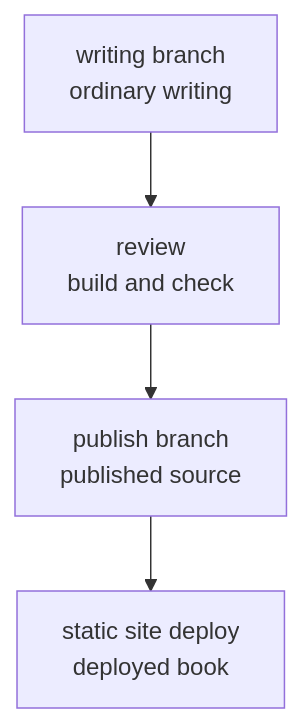
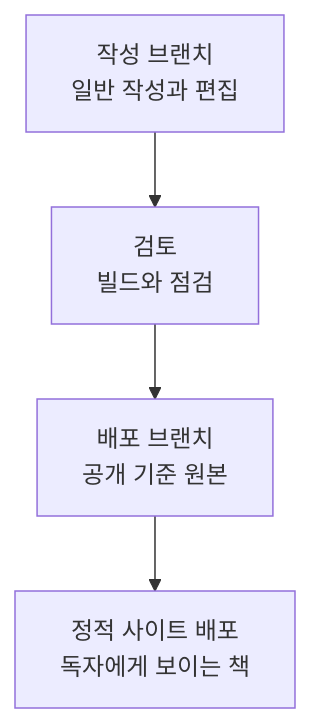
One commit to devchan64/AiBook changed the diagram in docs/parts/part-02/chapter-14/section-02.md. Above: the diagram before and after it, drawn with Mermaid. The commit also changed 17 other files, not shown here.

Commit message:
docs: localize more part 2 mermaid diagrams

````diff
--- a/docs/parts/part-02/chapter-14/section-02.md
+++ b/docs/parts/part-02/chapter-14/section-02.md
@@ -93,9 +93,9 @@
 ```mermaid
 flowchart TD
-  A["writing branch<br/>ordinary writing"]
-  B["review<br/>build and check"]
-  C["publish branch<br/>published source"]
-  D["static site deploy<br/>deployed book"]
+  A["작성 브랜치<br/>일반 작성과 편집"]
+  B["검토<br/>빌드와 점검"]
+  C["배포 브랜치<br/>공개 기준 원본"]
+  D["정적 사이트 배포<br/>독자에게 보이는 책"]
 
   A --> B --> C --> D
 ```
````
